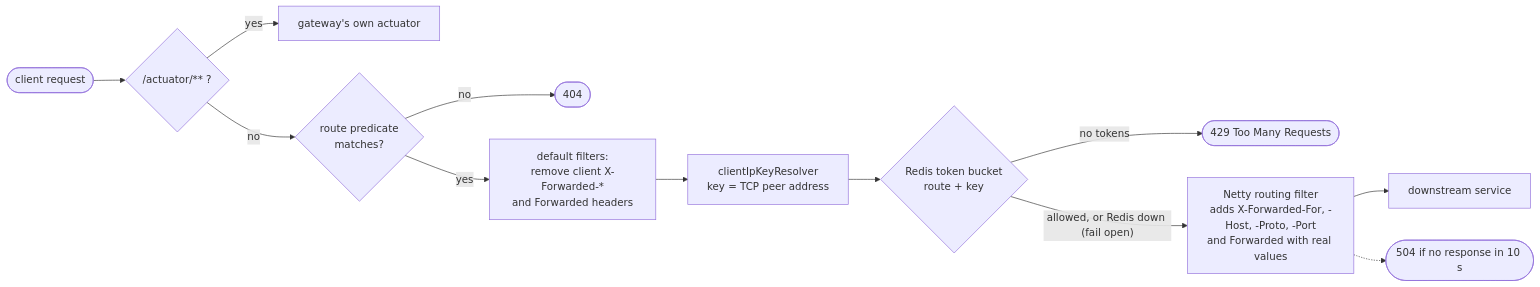
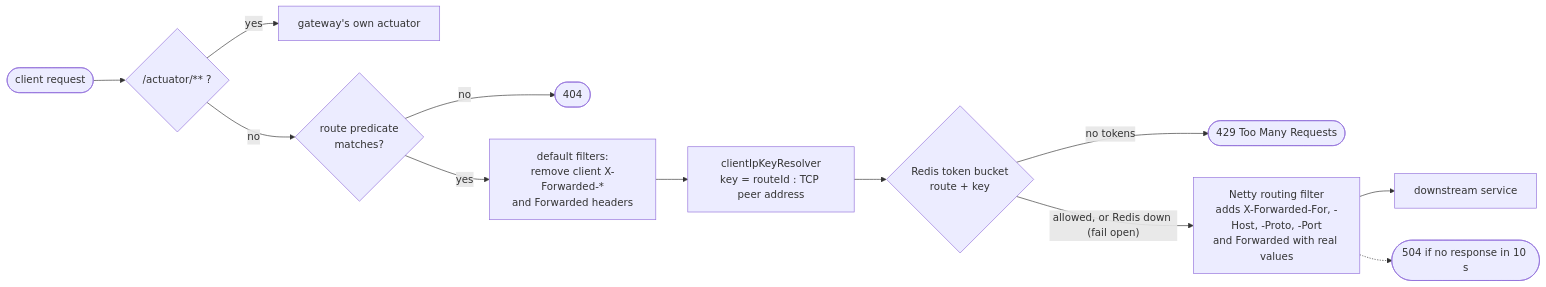
One commit to imujjwalsingh/ShortLink changed diagram 16 of 17 in docs/LLD.md. Above: the diagram before and after it, drawn with Mermaid. The commit also changed other lines of this file and 12 other files, not shown here.

````diff
--- a/docs/LLD.md
+++ b/docs/LLD.md
@@ -1065,27 +1065,27 @@
 ```mermaid
 flowchart LR
     IN(["client request"])
     ACT{"/actuator/** ?"}
     OWN["gateway's own actuator"]
     MATCH{"route predicate<br/>matches?"}
     R404(["404"])
     STRIP["default filters:<br/>remove client X-Forwarded-*<br/>and Forwarded headers"]
-    KEY["clientIpKeyResolver<br/>key = TCP peer address"]
+    KEY["clientIpKeyResolver<br/>key = routeId : TCP peer address"]
     RL{"Redis token bucket<br/>route + key"}
     R429(["429 Too Many Requests"])
     PROXY["Netty routing filter<br/>adds X-Forwarded-For, -Host, -Proto, -Port<br/>and Forwarded with real values"]
     SVC["downstream service"]
     T504(["504 if no response in 10 s"])
 
     IN --> ACT
     ACT -->|yes| OWN
     ACT -->|no| MATCH
     MATCH -->|no| R404
     MATCH -->|yes| STRIP
     STRIP --> KEY
     KEY --> RL
     RL -->|"no tokens"| R429
     RL -->|"allowed, or Redis down (fail open)"| PROXY
     PROXY --> SVC
     PROXY -.-> T504
 ```
````
